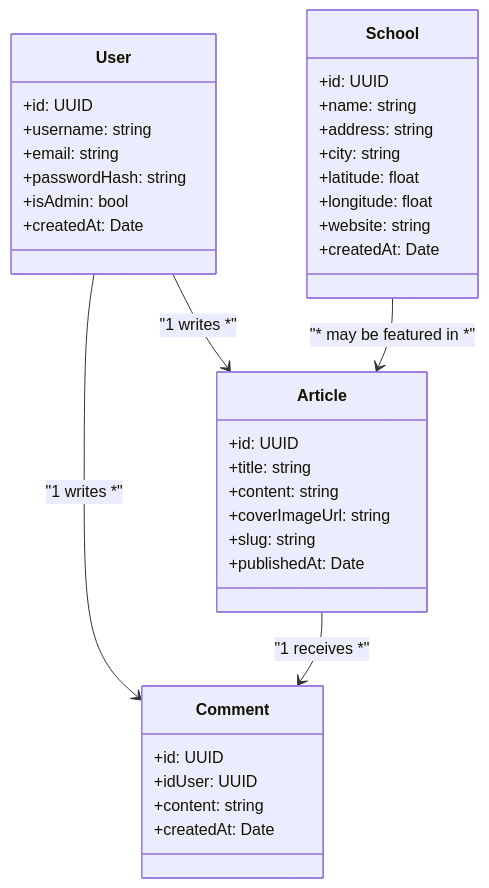
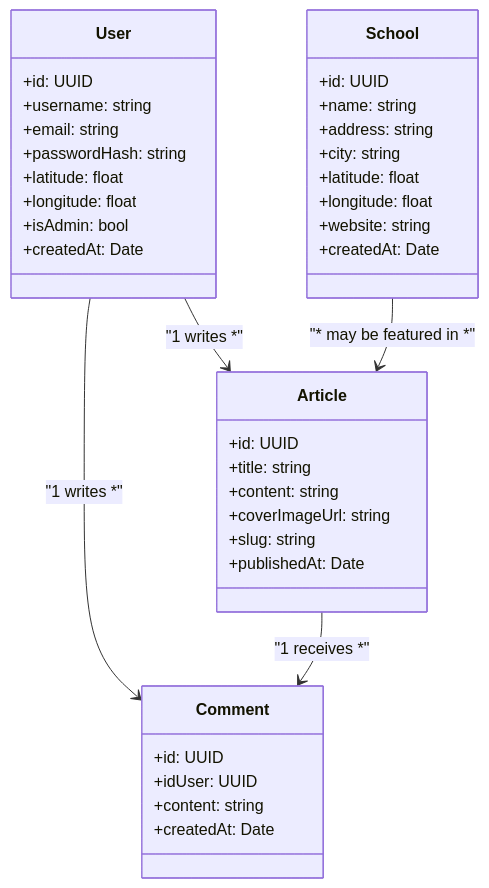
The first of 5 diagrams in uml.md (KerdanetYvan/absolute-app), drawn with Mermaid before and after one commit. The commit also changed other lines of this file, not shown here.

````diff
--- a/uml.md
+++ b/uml.md
@@ -5,46 +5,48 @@
 ```mermaid
 
 classDiagram
     class User {
         +id: UUID
         +username: string
         +email: string
         +passwordHash: string
+        +latitude: float
+        +longitude: float
         +isAdmin: bool
         +createdAt: Date
 
     }
 
     class School {
         +id: UUID
         +name: string
         +address: string
         +city: string
         +latitude: float
         +longitude: float
         +website: string
         +createdAt: Date
     }
 
     class Article {
         +id: UUID
         +title: string
         +content: string
         +coverImageUrl: string
         +slug: string
         +publishedAt: Date
     }
 
     class Comment {
         +id: UUID
         +idUser: UUID
         +content: string
         +createdAt: Date
     }
 
     User --> Comment : "1 writes *"
     Article --> Comment : "1 receives *"
     User --> Article : "1 writes *"
     School --> Article : "* may be featured in *"
 
 ```
````
